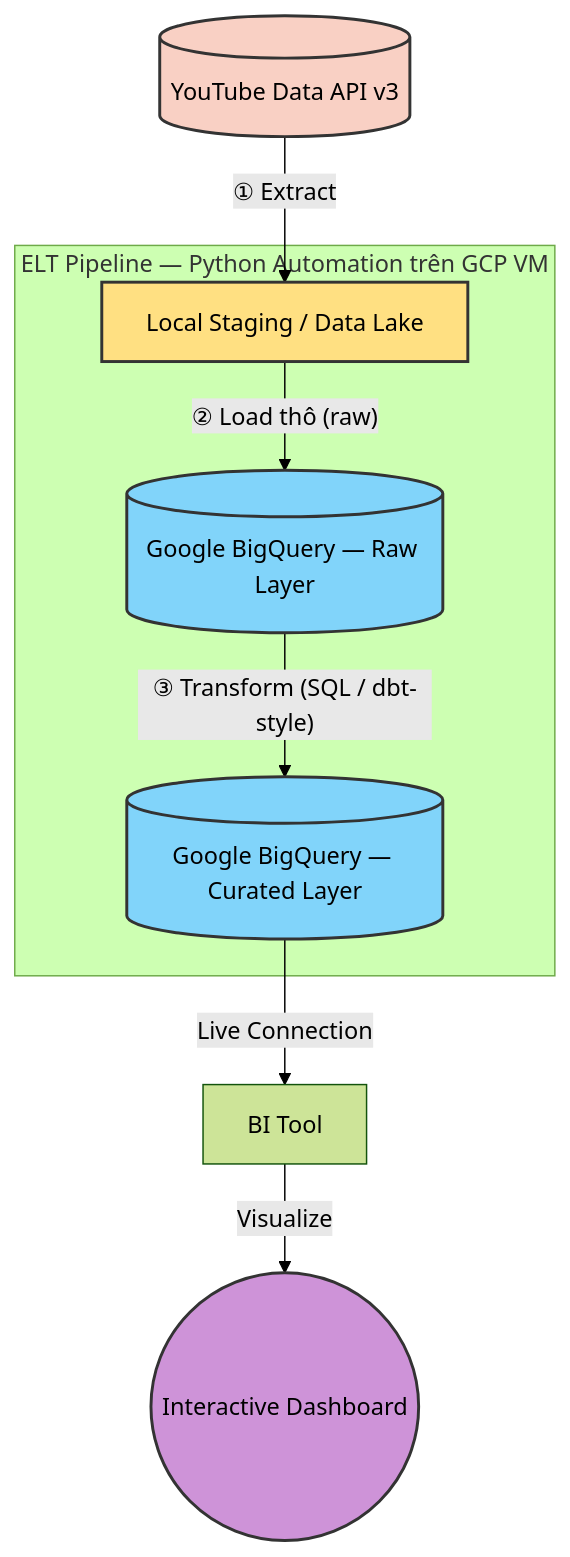
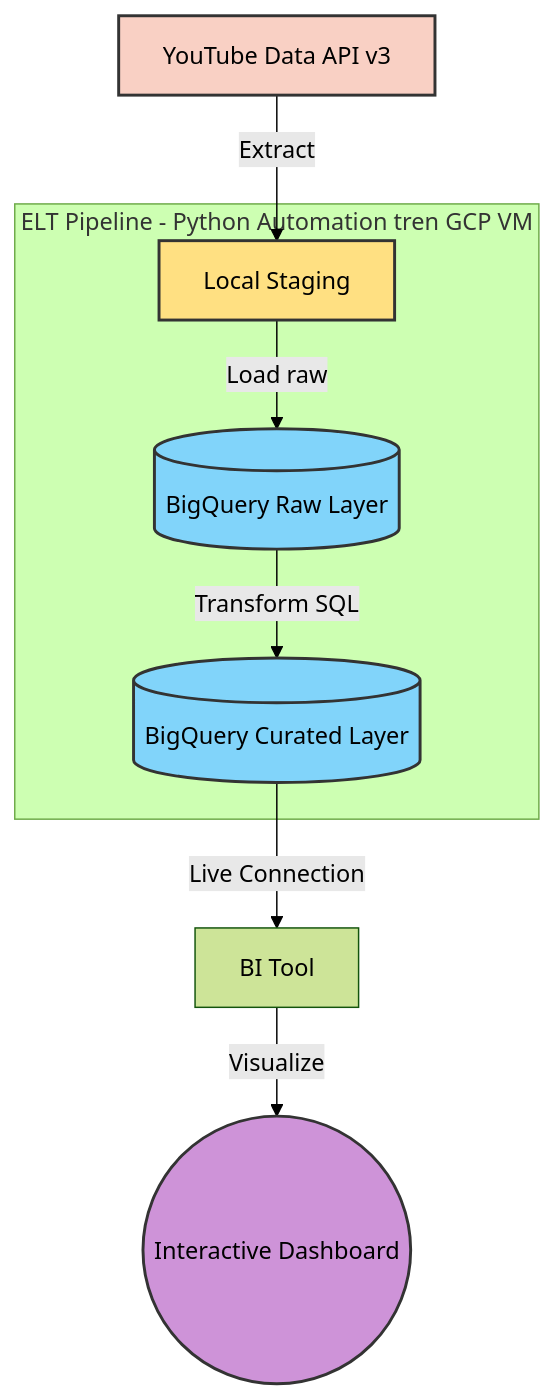
Before and after one commit to Danny-AI28/Top-100-US-UK-artists-youtube-information: the diagram in Readme.md, drawn with Mermaid (forest theme). The commit also changed other lines of this file, not shown here.

Commit message:
Fix mermaid diagram rendering + update project structure

````diff
--- a/Readme.md
+++ b/Readme.md
@@ -28,22 +30,22 @@
 ```mermaid
 graph TD
-    A[("YouTube Data API v3")] -->|"① Extract"| B["Local Staging / Data Lake"]
+    A[YouTube Data API v3] -->|Extract| B[Local Staging]
 
-    subgraph PIPELINE["ELT Pipeline — Python Automation trên GCP VM"]
-        B -->|"② Load thô (raw)"| C[("Google BigQuery — Raw Layer")]
-        C -->|"③ Transform (SQL / dbt-style)"| D[("Google BigQuery — Curated Layer")]
+    subgraph PIPELINE[ELT Pipeline - Python Automation tren GCP VM]
+        B -->|Load raw| C[(BigQuery Raw Layer)]
+        C -->|Transform SQL| D[(BigQuery Curated Layer)]
     end
 
-    D -->|"Live Connection"| E["BI Tool"]
-    E -->|"Visualize"| F(("Interactive Dashboard"))
+    D -->|Live Connection| E[BI Tool]
+    E -->|Visualize| F((Interactive Dashboard))
 
     classDef source fill:#f9d0c4,stroke:#333,stroke-width:2px;
     classDef stage fill:#ffe082,stroke:#333,stroke-width:2px;
     classDef db fill:#81d4fa,stroke:#333,stroke-width:2px;
     classDef dashboard fill:#ce93d8,stroke:#333,stroke-width:2px;
 
     class A source;
     class B stage;
     class C,D db;
     class F dashboard;
 ```
````
